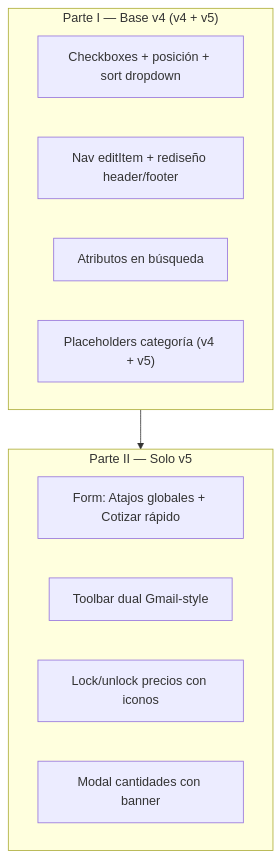
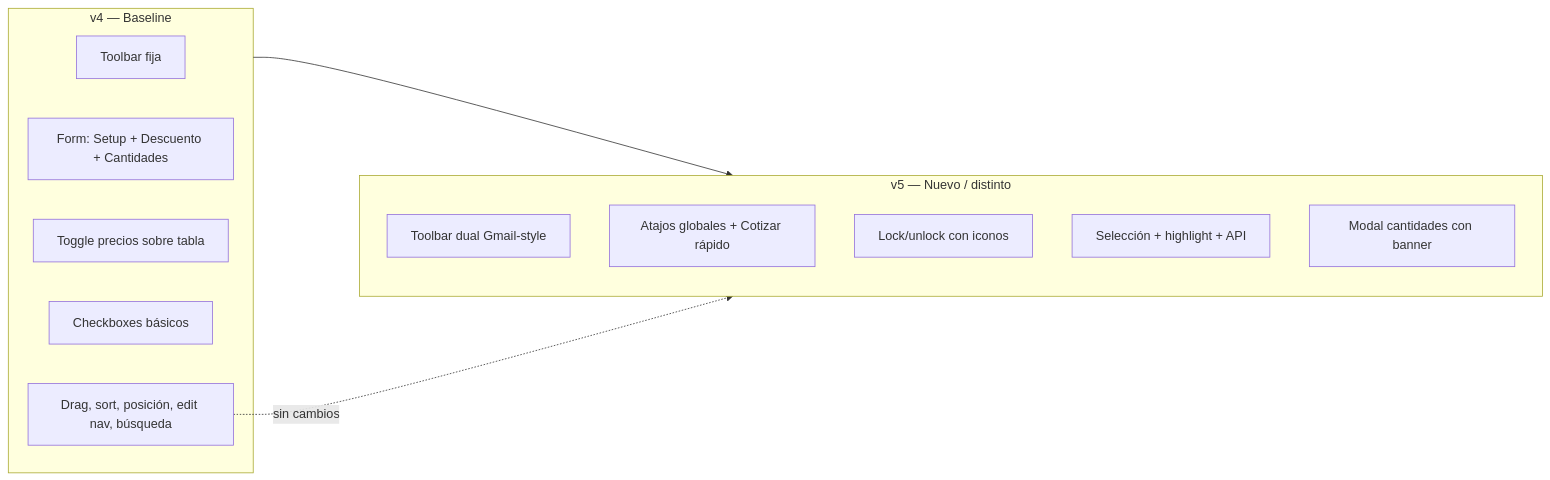
The diagram in COTIZACION-V4-VS-V5.md (JPSformas/Cotizador-V5), drawn with Mermaid before and after one commit. The commit also changed other lines of this file, not shown here.

````diff
--- a/COTIZACION-V4-VS-V5.md
+++ b/COTIZACION-V4-VS-V5.md
@@ -360,18 +352,21 @@
 ```mermaid
-flowchart TB
-    subgraph base["Parte I — Base v4 (v4 + v5)"]
-        A1["Checkboxes + posición + sort dropdown"]
-        B1["Nav editItem + rediseño header/footer"]
-        B6["Atributos en búsqueda"]
-        B7["Placeholders categoría (v4 + v5)"]
+flowchart LR
+    subgraph v4["v4 — Baseline"]
+        T1["Toolbar fija"]
+        F1["Form: Setup + Descuento + Cantidades"]
+        P1["Toggle precios sobre tabla"]
+        S1["Checkboxes básicos"]
+        B1["Drag, sort, posición, edit nav, búsqueda"]
     end
 
-    subgraph v5only["Parte II — Solo v5"]
-        F2["Form: Atajos globales + Cotizar rápido"]
+    subgraph v5["v5 — Nuevo / distinto"]
         T2["Toolbar dual Gmail-style"]
-        P2["Lock/unlock precios con iconos"]
+        F2["Atajos globales + Cotizar rápido"]
+        P2["Lock/unlock con iconos"]
+        S2["Selección + highlight + API"]
         M2["Modal cantidades con banner"]
     end
 
-    base --> v5only
+    v4 --> v5
+    B1 -.->|"sin cambios"| v5
 ```
````
